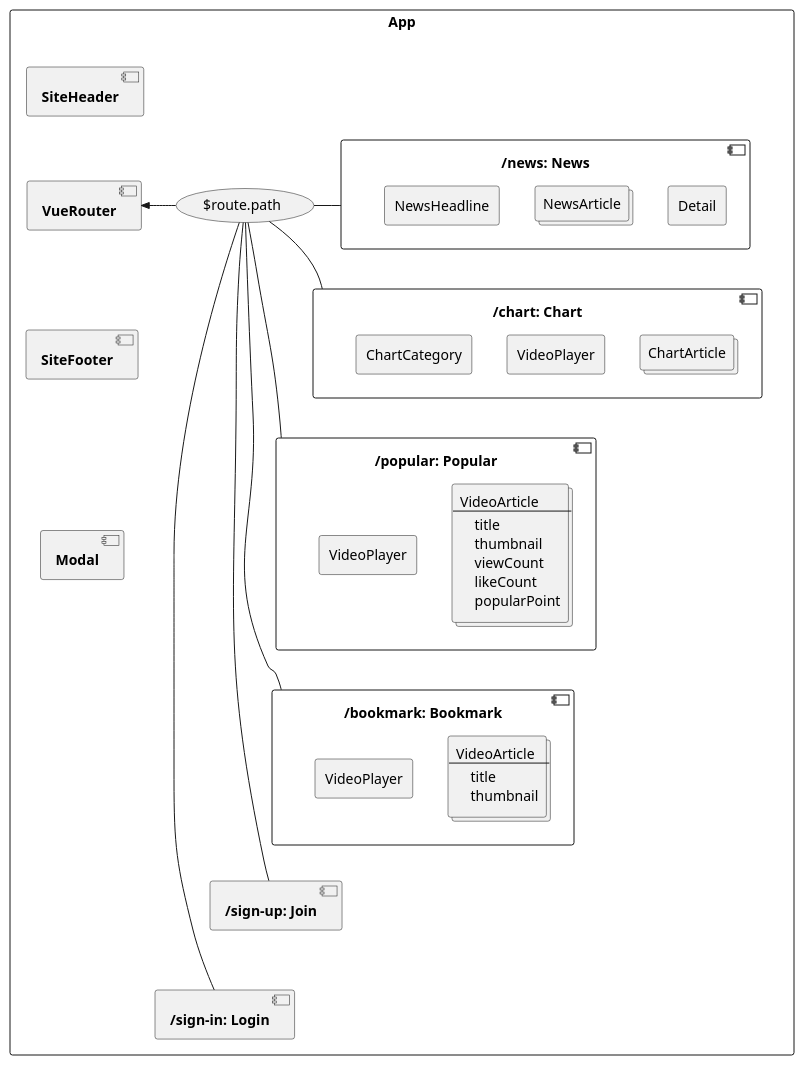
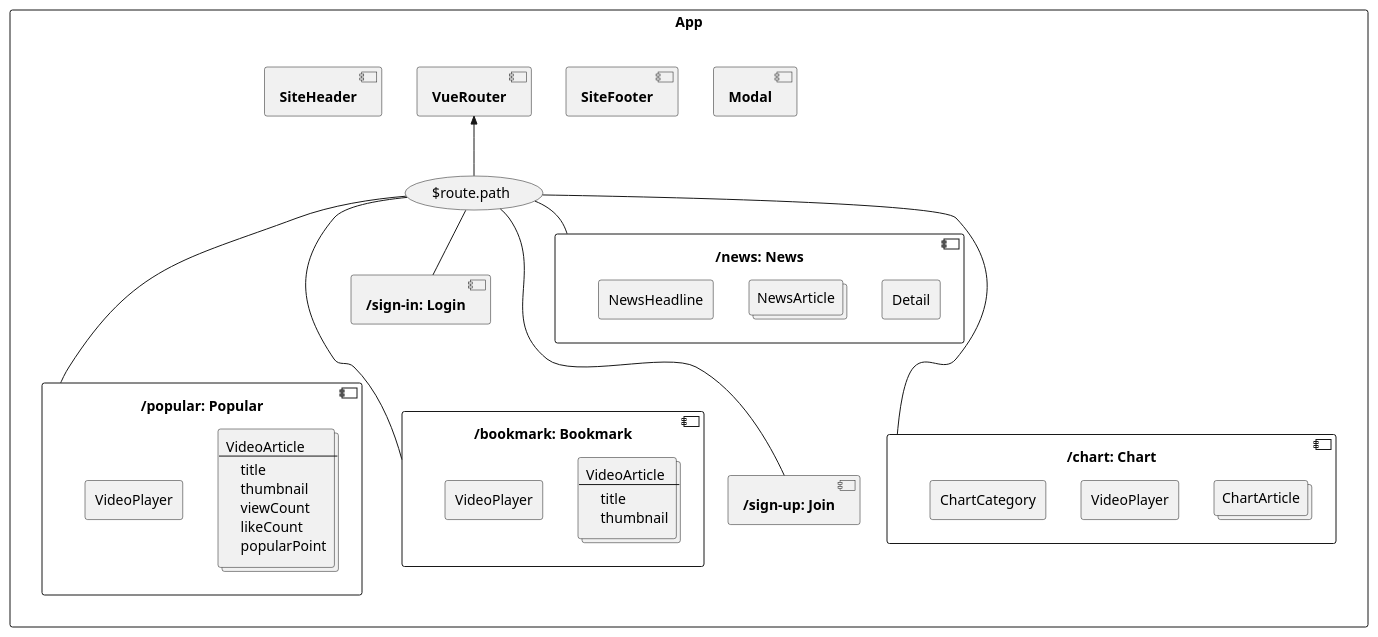
The fifth of 5 diagrams in docs/Client/Components/README.md (JunilHwang/zum_pilot), drawn with PlantUML before and after one commit. The commit also changed other lines of this file and 3 other files, not shown here.

```diff
--- a/docs/Client/Components/README.md
+++ b/docs/Client/Components/README.md
@@ -157,75 +157,69 @@
 @startuml
 rectangle "App\n" {
   component SiteHeader [
    **SiteHeader**
   ]
   component VueRouter [
    **VueRouter**
   ]
   component SiteFooter [
    **SiteFooter**
   ]
   component Modal [
    **Modal**
   ]
   
   ($route.path) as path
   component "/news: News" as News {
     rectangle NewsHeadline
     collections NewsArticle
     rectangle Detail
     NewsHeadline -[hidden] NewsArticle
     NewsArticle -[hidden] Detail
   }
   component "/chart: Chart" as Chart {
     rectangle ChartCategory
     rectangle VideoPlayer as player1
     collections ChartArticle
   }
   component "/popular: Popular" as Popular {
     rectangle VideoPlayer as player2
     collections "VideoArticle\n---\n\
     title\n\
     thumbnail\n\
     viewCount\n\
     likeCount\n\
     popularPoint" as article1
   }
   component "/bookmark: Bookmark" as Bookmark {
     rectangle VideoPlayer as player3
     collections "VideoArticle\n---\n\
     title\n\
     thumbnail" as article2
   }
   component Login [
     **/sign-in: Login**
   ]
   component Join [
     **/sign-up: Join**
   ]
 }
-SiteHeader --[hidden] VueRouter
-VueRouter --[hidden] SiteFooter
-SiteFooter --[hidden] Modal
-VueRouter <<- path
+SiteHeader -[hidden] VueRouter
+VueRouter -[hidden] SiteFooter
+SiteFooter -[hidden] Modal
+VueRouter <<-- path
 
-path - News
-path -- Chart
+path -- News
+path --- Chart
 path -- Popular
-path -- Bookmark
+path --- Bookmark
 path -- Login
-path -- Join
-
-News --[hidden] Chart
-Chart --[hidden] Popular
-Popular --[hidden] Bookmark
-Bookmark --[hidden] Join
-Join --[hidden] Login
+path --- Join
 
 ChartCategory -[hidden] player1
 player1 -[hidden] ChartArticle
 Popular -[hidden] Bookmark
 player2 -[hidden] article1
 player3 -[hidden] article2
 
 @enduml
```
